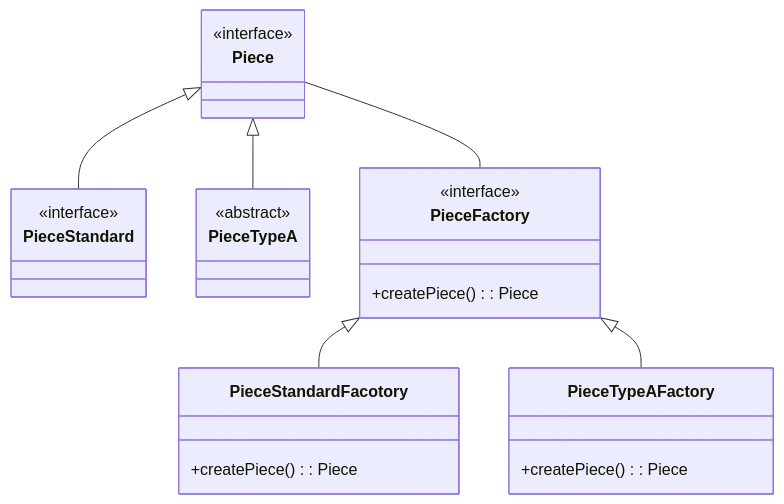
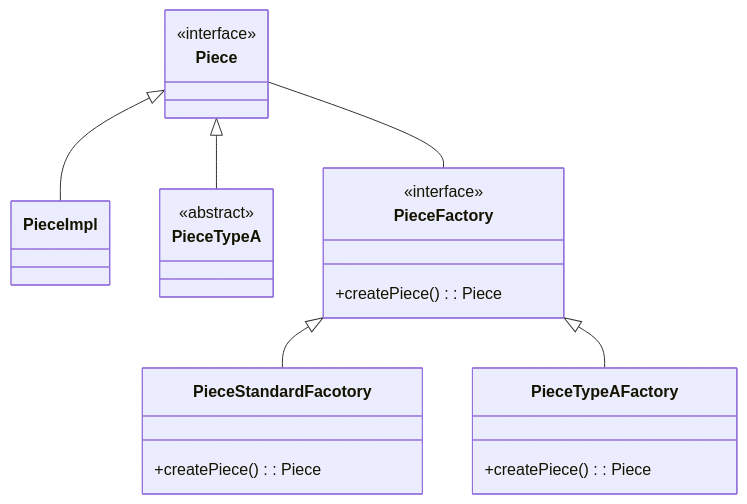
One commit to alessandroArrighi/pss23-24-ChessGravity-Arrighi changed the third of 4 diagrams in README.md. Above: the diagram before and after it, drawn with Mermaid. The commit also changed other lines of this file, not shown here.

Commit message:
update desing diagrams

````diff
--- a/README.md
+++ b/README.md
@@ -147,31 +147,30 @@
 ```mermaid
 classDiagram
 
 class Piece
 <<interface>> Piece
 
-class PieceStandard
-<<interface>> PieceStandard
+class PieceImpl
 
 class PieceTypeA
 <<abstract>> PieceTypeA
 
 class PieceFactory {
     +createPiece(): Piece
 }
 <<interface>> PieceFactory
 
 class PieceStandardFacotory {
     +createPiece(): Piece
 }
 
 class PieceTypeAFactory {
     +createPiece(): Piece
 }
 
-Piece <|-- PieceStandard
+Piece <|-- PieceImpl
 Piece <|-- PieceTypeA
 PieceFactory <|-- PieceStandardFacotory
 PieceFactory <|-- PieceTypeAFactory
 Piece -- PieceFactory
 ```
````
